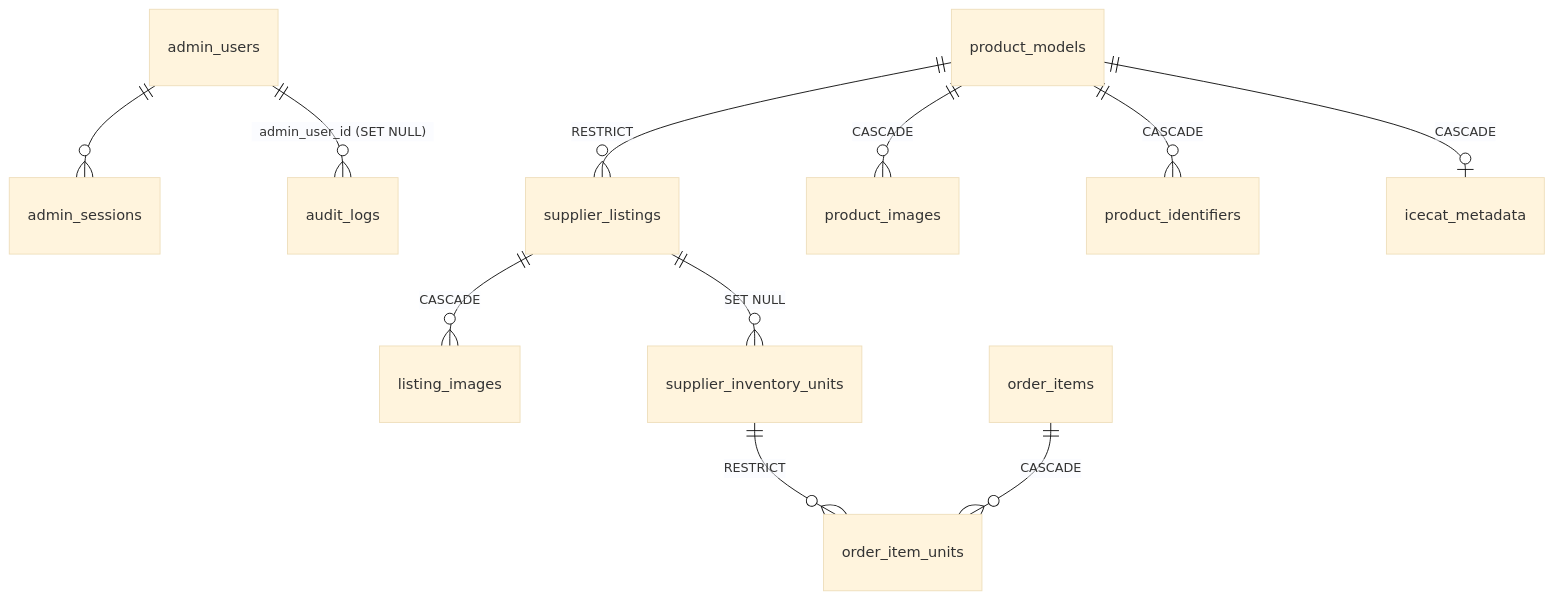
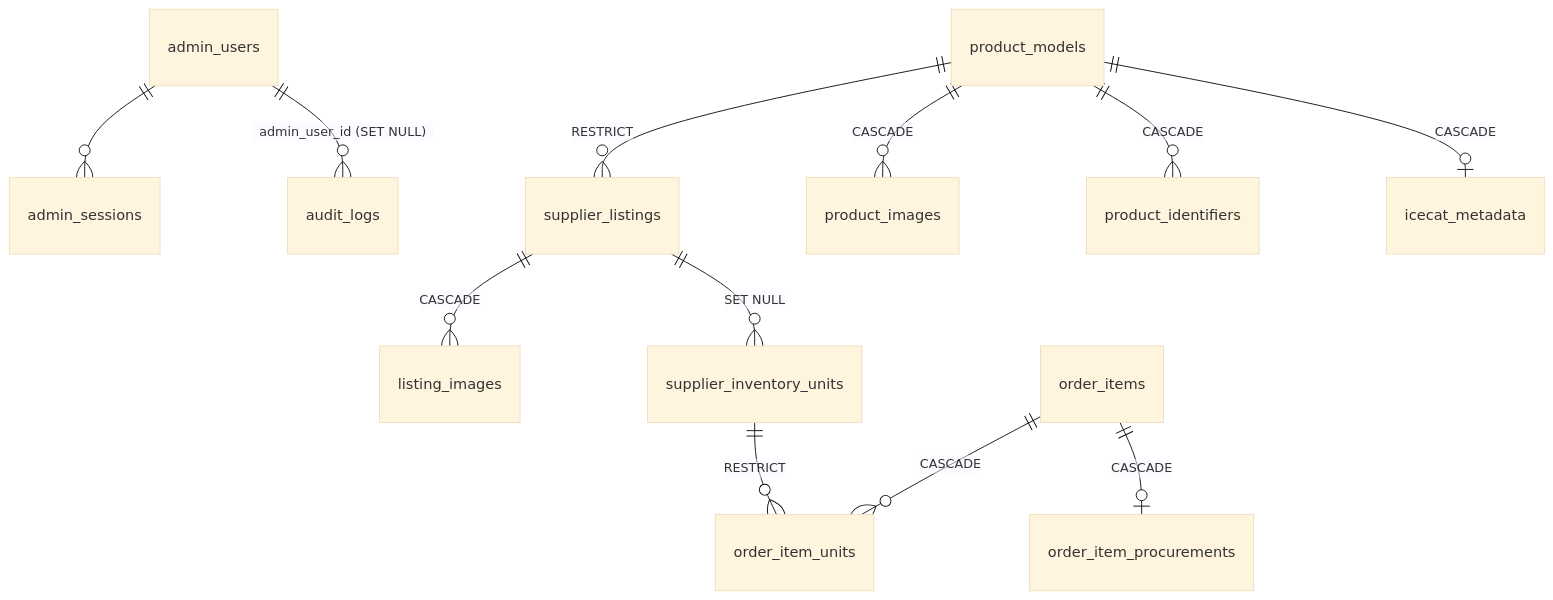
One commit to rissu18/laptop_store changed the first of 2 diagrams in docs/DATABASE.md. Above: the diagram before and after it, drawn with Mermaid (base theme). The commit also changed other lines of this file and 8 other files, not shown here.

````diff
--- a/docs/DATABASE.md
+++ b/docs/DATABASE.md
@@ -50,13 +50,14 @@
 ```mermaid
 erDiagram
   admin_users ||--o{ admin_sessions : ""
   admin_users ||--o{ audit_logs : "admin_user_id (SET NULL)"
   product_models ||--o{ supplier_listings : "RESTRICT"
   product_models ||--o{ product_images : "CASCADE"
   product_models ||--o{ product_identifiers : "CASCADE"
   product_models ||--o| icecat_metadata : "CASCADE"
   supplier_listings ||--o{ listing_images : "CASCADE"
   supplier_listings ||--o{ supplier_inventory_units : "SET NULL"
   supplier_inventory_units ||--o{ order_item_units : "RESTRICT"
   order_items ||--o{ order_item_units : "CASCADE"
+  order_items ||--o| order_item_procurements : "CASCADE"
 ```
````
